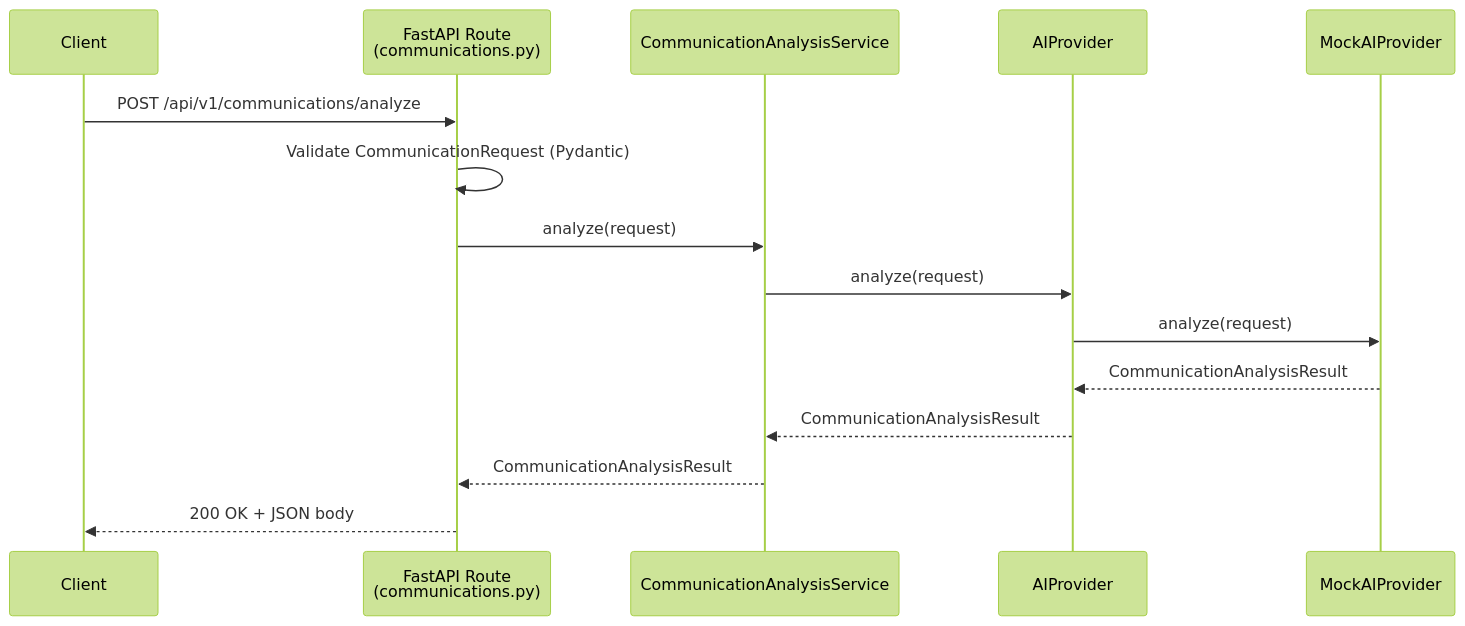
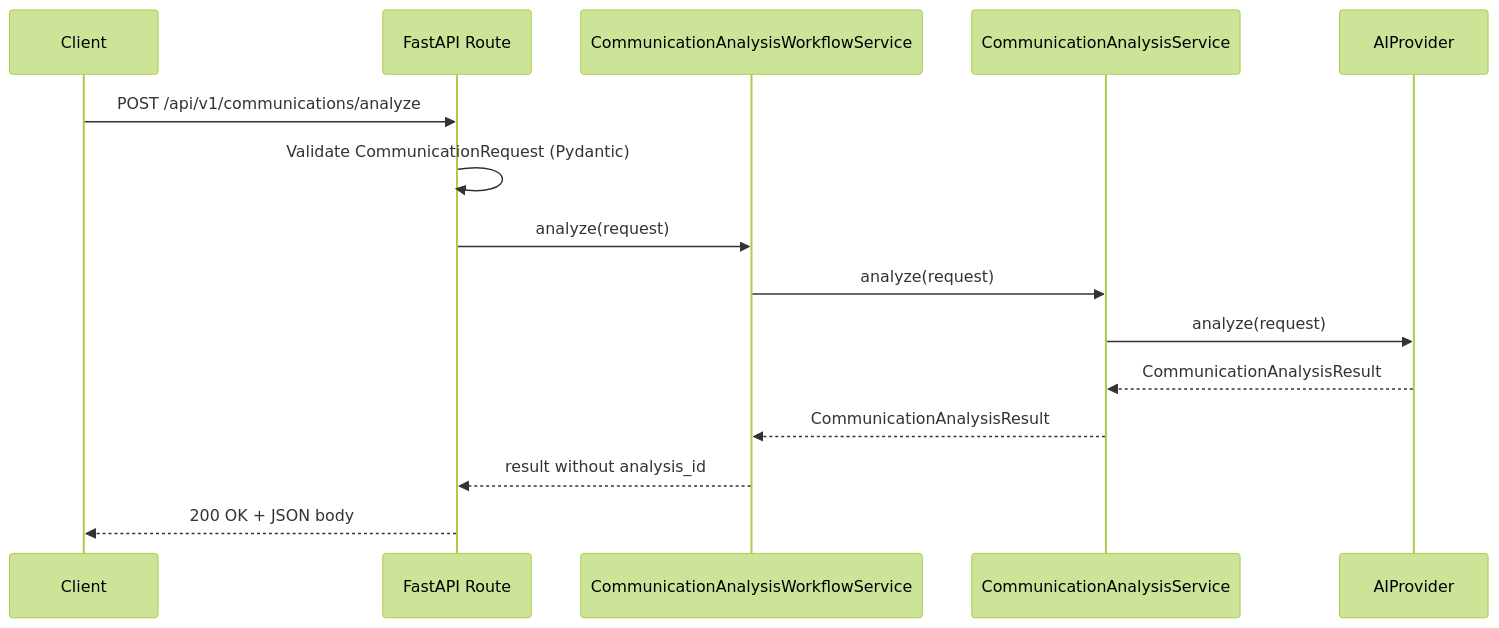
Before and after one commit to Susanta2025-lab/enterprise-communication-intelligence: the first of 8 diagrams in docs/architecture/sequence-diagrams.md, drawn with Mermaid (forest theme). The commit also changed other lines of this file and 34 other files, not shown here.

Commit message:
docs: complete phase 9 persistence architecture

````diff
--- a/docs/architecture/sequence-diagrams.md
+++ b/docs/architecture/sequence-diagrams.md
@@ -7,18 +9,18 @@
 ```mermaid
 sequenceDiagram
     participant Client
-    participant Route as FastAPI Route<br/>(communications.py)
+    participant Route as FastAPI Route
+    participant Workflow as CommunicationAnalysisWorkflowService
     participant Service as CommunicationAnalysisService
     participant Provider as AIProvider
-    participant Mock as MockAIProvider
 
     Client->>Route: POST /api/v1/communications/analyze
     Route->>Route: Validate CommunicationRequest (Pydantic)
-    Route->>Service: analyze(request)
+    Route->>Workflow: analyze(request)
+    Workflow->>Service: analyze(request)
     Service->>Provider: analyze(request)
-    Provider->>Mock: analyze(request)
-    Mock-->>Provider: CommunicationAnalysisResult
     Provider-->>Service: CommunicationAnalysisResult
-    Service-->>Route: CommunicationAnalysisResult
+    Service-->>Workflow: CommunicationAnalysisResult
+    Workflow-->>Route: result without analysis_id
     Route-->>Client: 200 OK + JSON body
 ```
````
